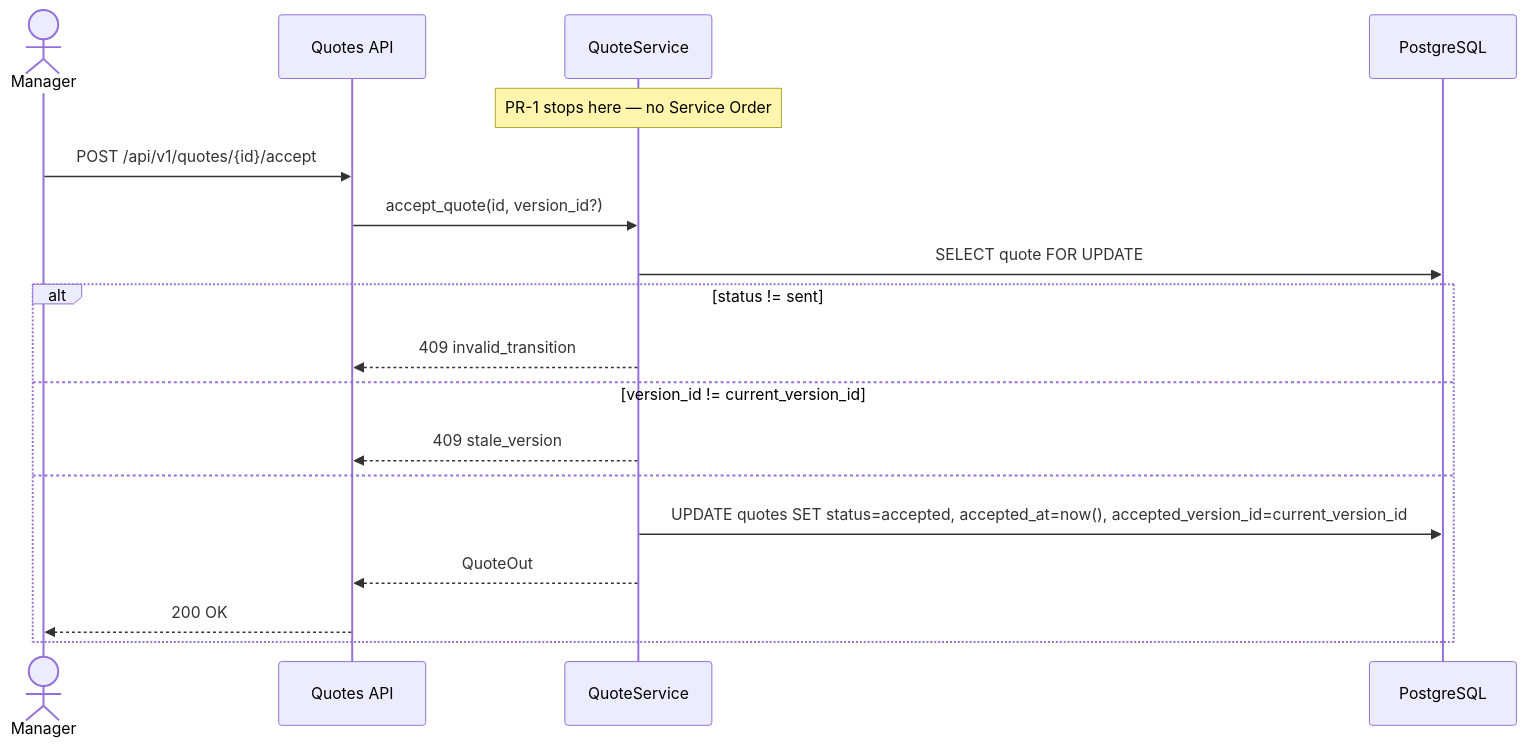
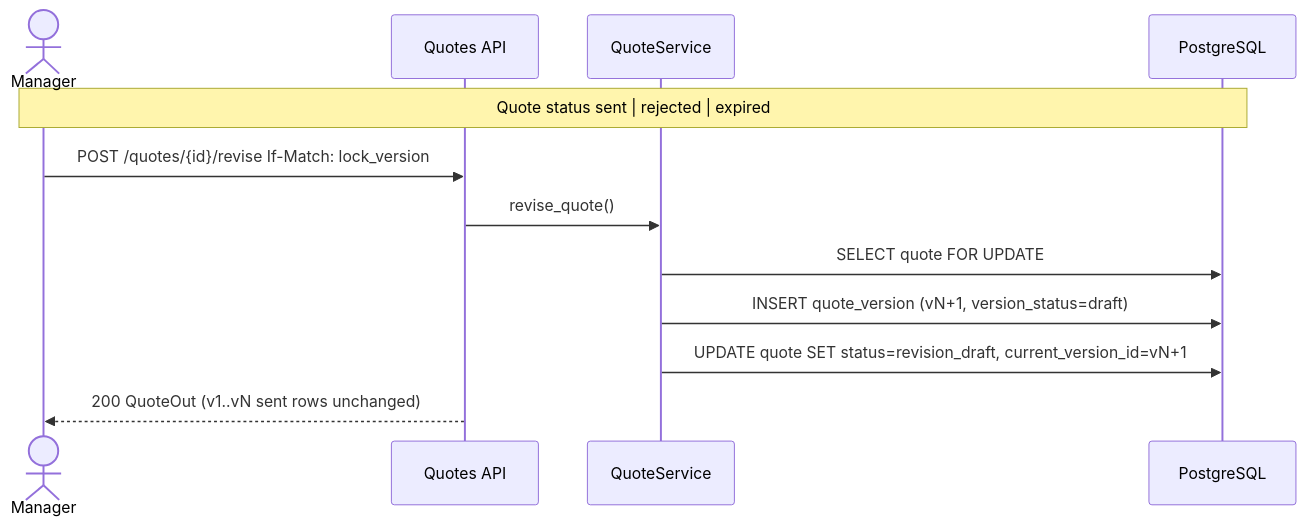
The third of 6 diagrams in docs/specs/workflows/stage-1b-quote-lifecycle-sequences.md (igortatarynovich/HostFlow), drawn with Mermaid before and after one commit. The commit also changed other lines of this file and 5 other files, not shown here.

````diff
--- a/docs/specs/workflows/stage-1b-quote-lifecycle-sequences.md
+++ b/docs/specs/workflows/stage-1b-quote-lifecycle-sequences.md
@@ -58,22 +50,16 @@
 ```mermaid
 sequenceDiagram
     actor M as Manager
     participant API as Quotes API
     participant SVC as QuoteService
     participant DB as PostgreSQL
 
-    Note over SVC: PR-1 stops here — no Service Order
+    Note over M,DB: Quote status sent | rejected | expired
 
-    M->>API: POST /api/v1/quotes/{id}/accept
-    API->>SVC: accept_quote(id, version_id?)
+    M->>API: POST /quotes/{id}/revise  If-Match: lock_version
+    API->>SVC: revise_quote()
     SVC->>DB: SELECT quote FOR UPDATE
-    alt status != sent
-        SVC-->>API: 409 invalid_transition
-    else version_id != current_version_id
-        SVC-->>API: 409 stale_version
-    else
-        SVC->>DB: UPDATE quotes SET status=accepted, accepted_at=now(), accepted_version_id=current_version_id
-        SVC-->>API: QuoteOut
-        API-->>M: 200 OK
-    end
+    SVC->>DB: INSERT quote_version (vN+1, version_status=draft)
+    SVC->>DB: UPDATE quote SET status=revision_draft, current_version_id=vN+1
+    API-->>M: 200 QuoteOut (v1..vN sent rows unchanged)
 ```
````
